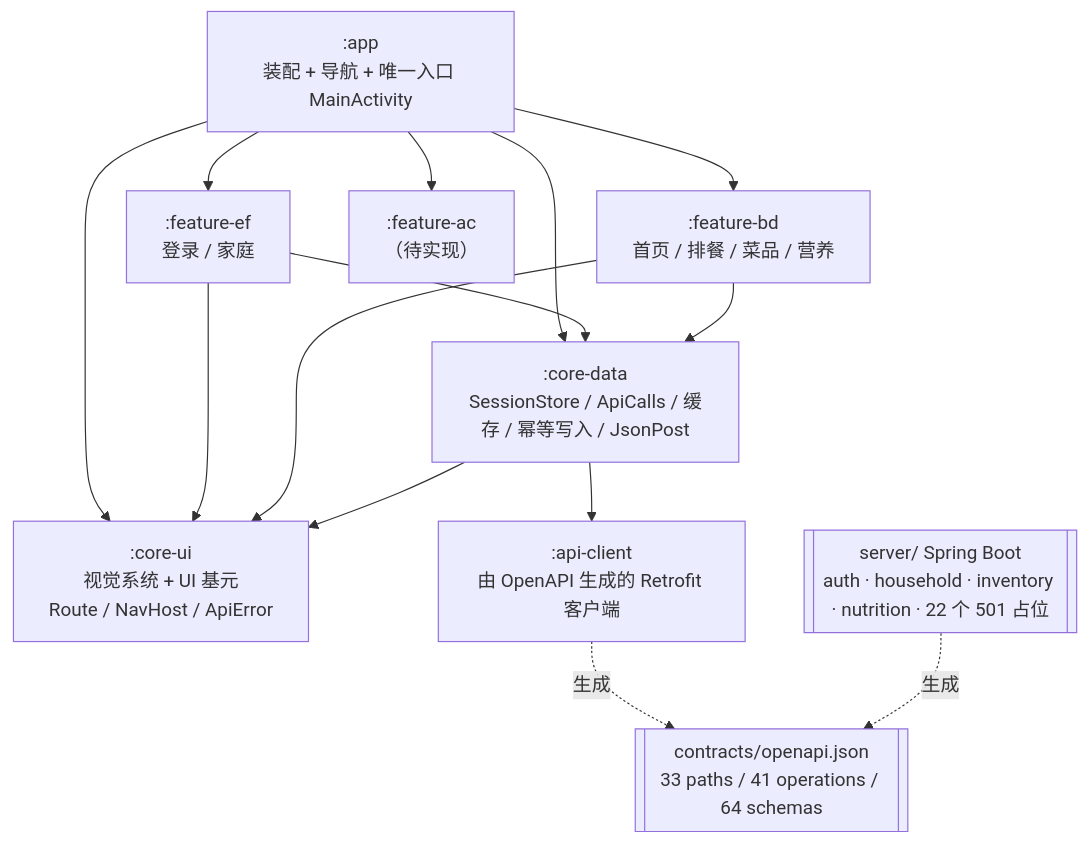
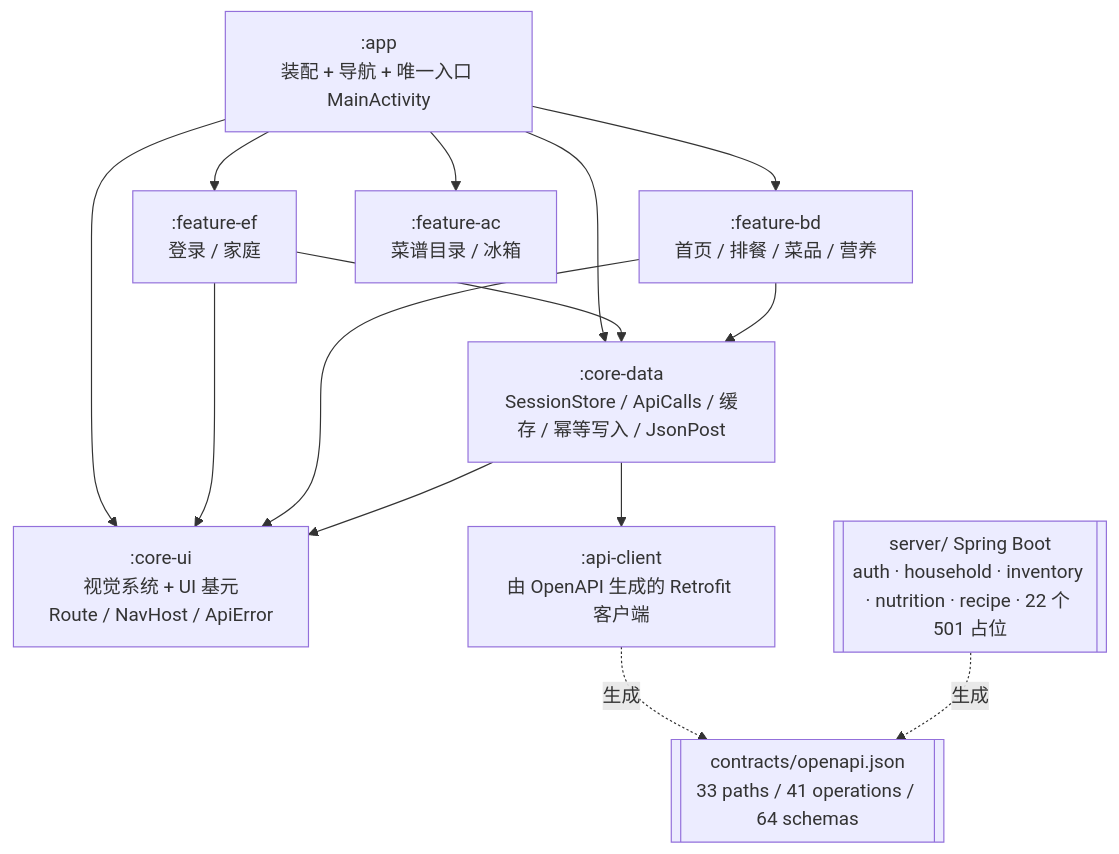
The diagram in README.md (XJTLU-CSI301-Group27/civa-arch), drawn with Mermaid before and after one commit. The commit also changed other lines of this file and 42 other files, not shown here.

````diff
--- a/README.md
+++ b/README.md
@@ -32,19 +34,19 @@
 ```mermaid
 graph TD
     app[":app<br/>装配 + 导航 + 唯一入口 MainActivity"]
     ef[":feature-ef<br/>登录 / 家庭"]
     bd[":feature-bd<br/>首页 / 排餐 / 菜品 / 营养"]
-    ac[":feature-ac<br/>（待实现）"]
+    ac[":feature-ac<br/>菜谱目录 / 冰箱"]
     ui[":core-ui<br/>视觉系统 + UI 基元<br/>Route / NavHost / ApiError"]
     data[":core-data<br/>SessionStore / ApiCalls / 缓存 / 幂等写入 / JsonPost"]
     api[":api-client<br/>由 OpenAPI 生成的 Retrofit 客户端"]
     contract[["contracts/openapi.json<br/>33 paths / 41 operations / 64 schemas"]]
-    server[["server/ Spring Boot<br/>auth · household · inventory · nutrition · 22 个 501 占位"]]
+    server[["server/ Spring Boot<br/>auth · household · inventory · nutrition · recipe · 22 个 501 占位"]]
 
     app --> ef & bd & ac & ui & data
     ef --> ui & data
     bd --> ui & data
     data --> ui & api
     api -. 生成 .-> contract
     server -. 生成 .-> contract
 ```
````
